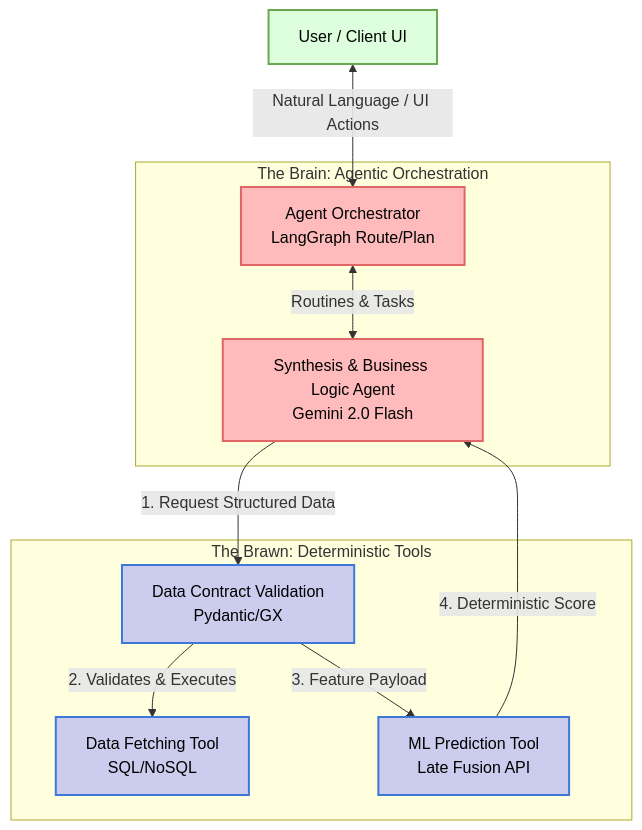
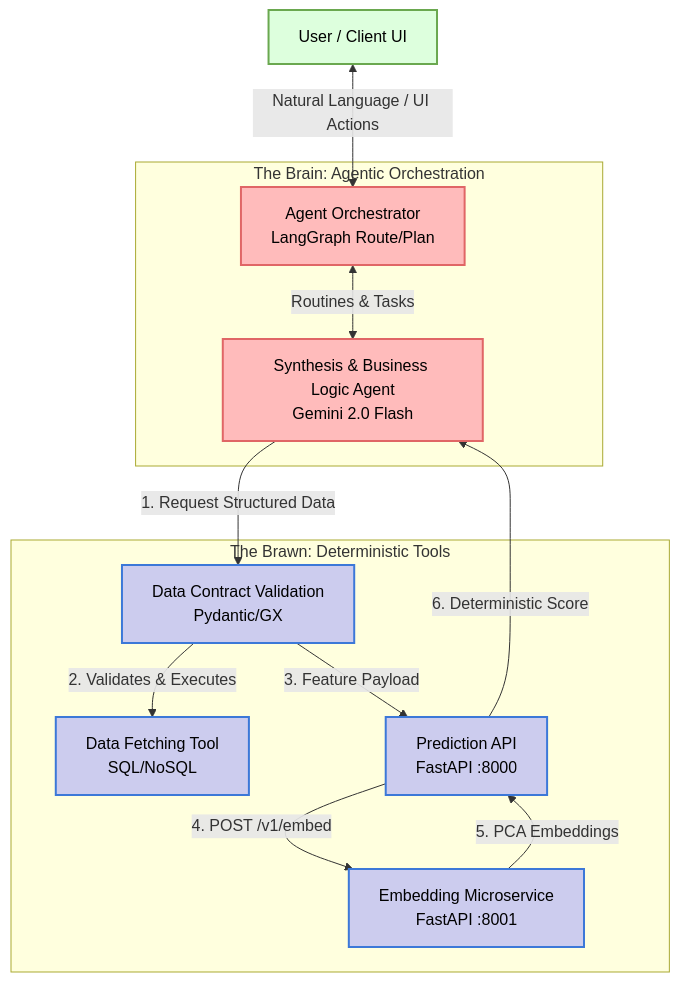
One commit to SebastianGarrido2790/ai-ml-telecom-customer-churn changed the first of 2 diagrams in reports/docs/architecture/architecture.md. Above: the diagram before and after it, drawn with Mermaid. The commit also changed other lines of this file and 21 other files, not shown here.

Commit message:
feat: deploy late fusion churn inference microservices (Phase 6)

````diff
--- a/reports/docs/architecture/architecture.md
+++ b/reports/docs/architecture/architecture.md
@@ -22,26 +32,29 @@
 ```mermaid
 graph TD
     classDef brain fill:#fbb,stroke:#e06666,stroke-width:2px,color:#000;
     classDef brawn fill:#cce,stroke:#3c78d8,stroke-width:2px,color:#000;
     classDef user fill:#dfd,stroke:#6aa84f,stroke-width:2px,color:#000;
 
     User[User / Client UI]:::user
 
     subgraph Orchestration ["The Brain: Agentic Orchestration"]
         Orchestrator[Agent Orchestrator\nLangGraph Route/Plan]:::brain
         SynthesisAgent[Synthesis & Business Logic Agent\nGemini 2.0 Flash]:::brain
     end
 
     subgraph Tools ["The Brawn: Deterministic Tools"]
         DataFetch[Data Fetching Tool\nSQL/NoSQL]:::brawn
-        MLPred[ML Prediction Tool\nLate Fusion API]:::brawn
+        MLPred[Prediction API\nFastAPI :8000]:::brawn
+        EmbedSvc[Embedding Microservice\nFastAPI :8001]:::brawn
         Validation[Data Contract Validation\nPydantic/GX]:::brawn
     end
 
     User <-->|Natural Language / UI Actions| Orchestrator
     Orchestrator <-->|Routines & Tasks| SynthesisAgent
     SynthesisAgent -->|1. Request Structured Data| Validation
     Validation -->|2. Validates & Executes| DataFetch
     Validation -->|3. Feature Payload| MLPred
-    MLPred -->|4. Deterministic Score| SynthesisAgent
+    MLPred -->|4. POST /v1/embed| EmbedSvc
+    EmbedSvc -->|5. PCA Embeddings| MLPred
+    MLPred -->|6. Deterministic Score| SynthesisAgent
 ```
````
